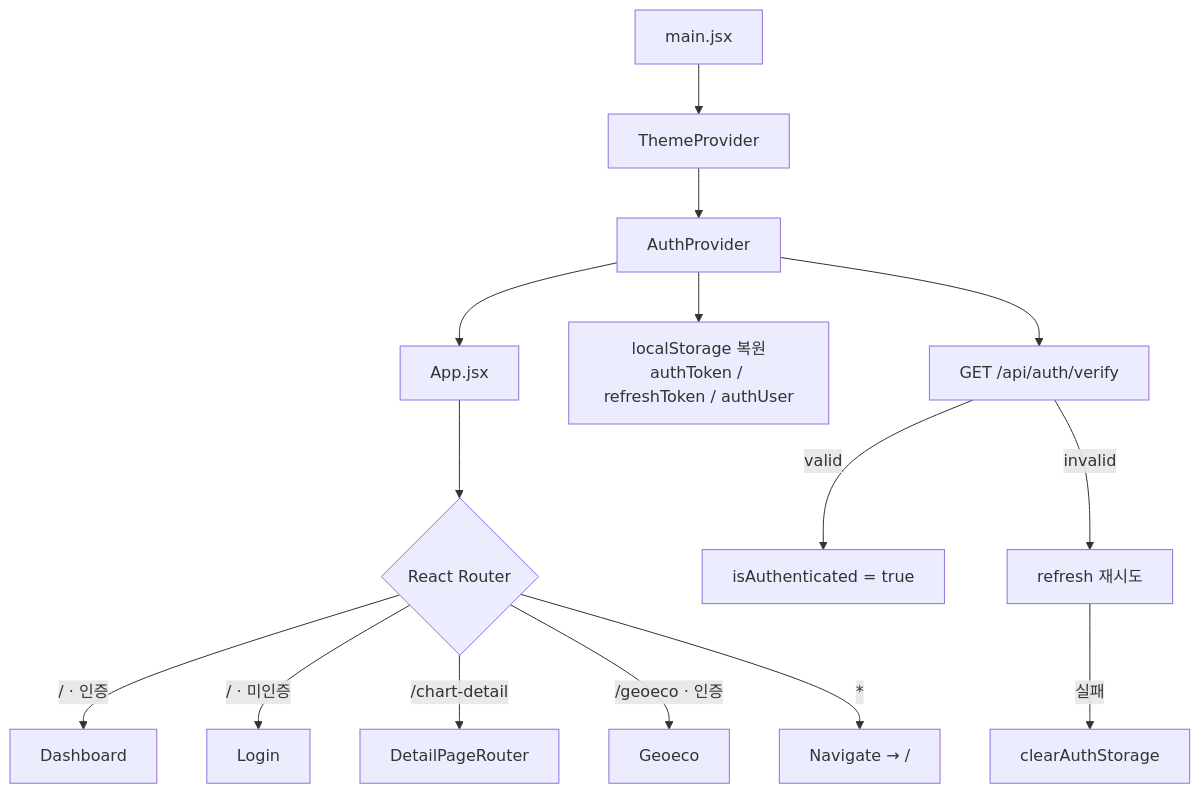
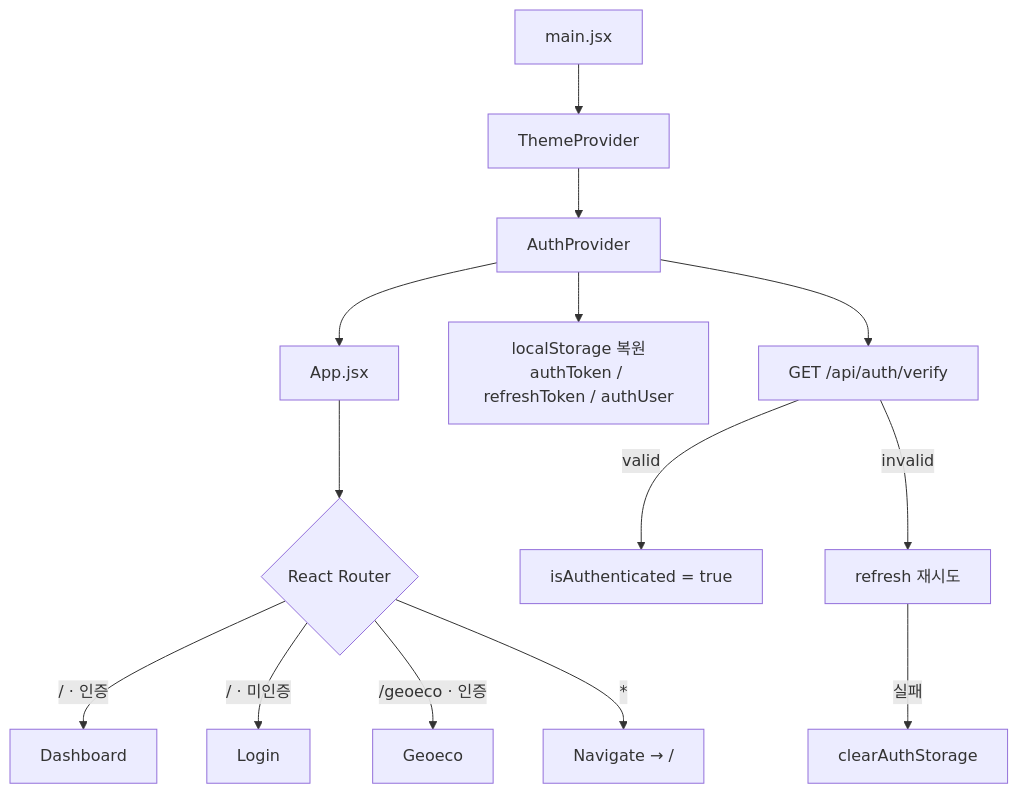
The first of 2 diagrams in client/01-앱-진입-라우팅-전역-드로어.md (inbm-company/geoverse--), drawn with Mermaid before and after one commit. The commit also changed other lines of this file, not shown here.

````diff
--- a/client/01-앱-진입-라우팅-전역-드로어.md
+++ b/client/01-앱-진입-라우팅-전역-드로어.md
@@ -15,17 +17,16 @@
 ```mermaid
 flowchart TD
   A["main.jsx"] --> B["ThemeProvider"]
   B --> C["AuthProvider"]
   C --> D["App.jsx"]
   C --> C1["localStorage 복원<br/>authToken / refreshToken / authUser"]
   C --> C2["GET /api/auth/verify"]
   C2 -->|"valid"| C3["isAuthenticated = true"]
   C2 -->|"invalid"| C4["refresh 재시도"]
   C4 -->|"실패"| C5["clearAuthStorage"]
   D --> E{"React Router"}
   E -->|"/ · 인증"| F["Dashboard"]
   E -->|"/ · 미인증"| G["Login"]
-  E -->|"/chart-detail"| H["DetailPageRouter"]
   E -->|"/geoeco · 인증"| I["Geoeco"]
   E -->|"*"| J["Navigate → /"]
 ```
````
